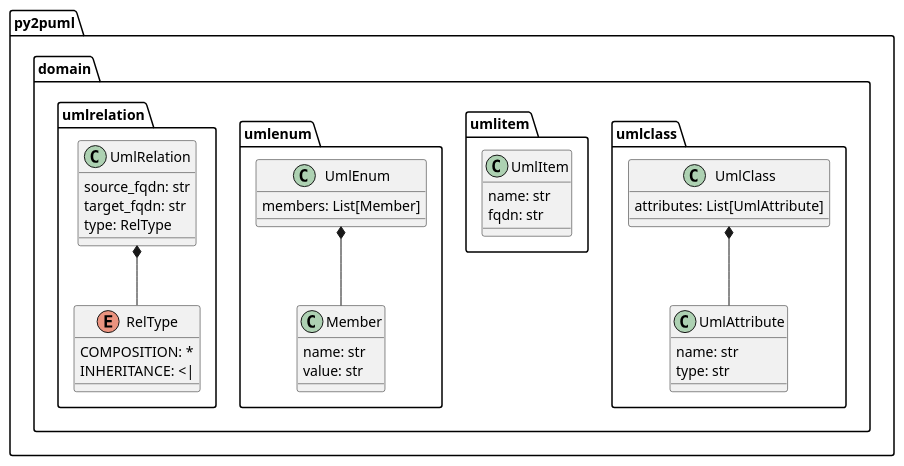
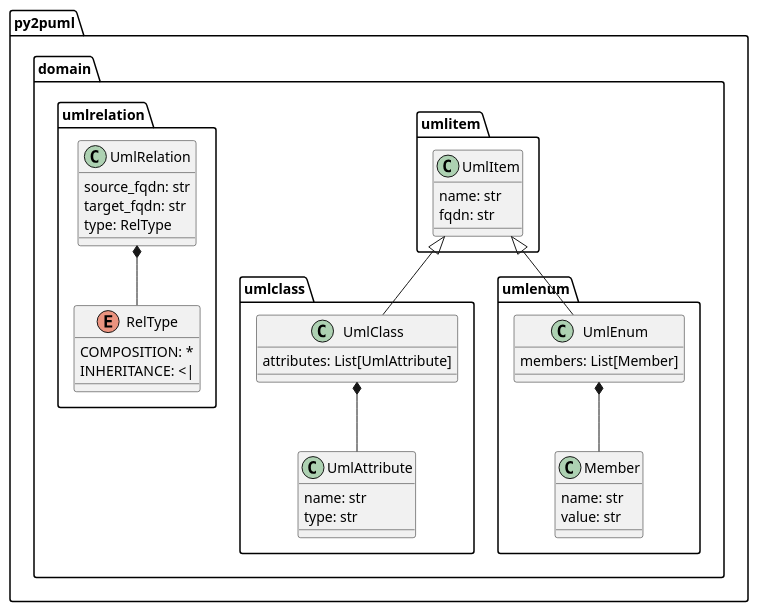
One commit to lucsorel/py2puml changed the diagram in README.md. Above: the diagram before and after it, drawn with PlantUML. The commit also changed other lines of this file and 5 other files, not shown here.

````diff
--- a/README.md
+++ b/README.md
@@ -80,34 +80,36 @@
 ```plantuml
 @startuml
 class py2puml.domain.umlclass.UmlAttribute {
   name: str
   type: str
 }
 class py2puml.domain.umlclass.UmlClass {
   attributes: List[UmlAttribute]
 }
 class py2puml.domain.umlitem.UmlItem {
   name: str
   fqdn: str
 }
 class py2puml.domain.umlenum.Member {
   name: str
   value: str
 }
 class py2puml.domain.umlenum.UmlEnum {
   members: List[Member]
 }
 enum py2puml.domain.umlrelation.RelType {
   COMPOSITION: *
   INHERITANCE: <|
 }
 class py2puml.domain.umlrelation.UmlRelation {
   source_fqdn: str
   target_fqdn: str
   type: RelType
 }
 py2puml.domain.umlclass.UmlClass *-- py2puml.domain.umlclass.UmlAttribute
+py2puml.domain.umlitem.UmlItem <|-- py2puml.domain.umlclass.UmlClass
 py2puml.domain.umlenum.UmlEnum *-- py2puml.domain.umlenum.Member
+py2puml.domain.umlitem.UmlItem <|-- py2puml.domain.umlenum.UmlEnum
 py2puml.domain.umlrelation.UmlRelation *-- py2puml.domain.umlrelation.RelType
 @enduml
 ```
````
